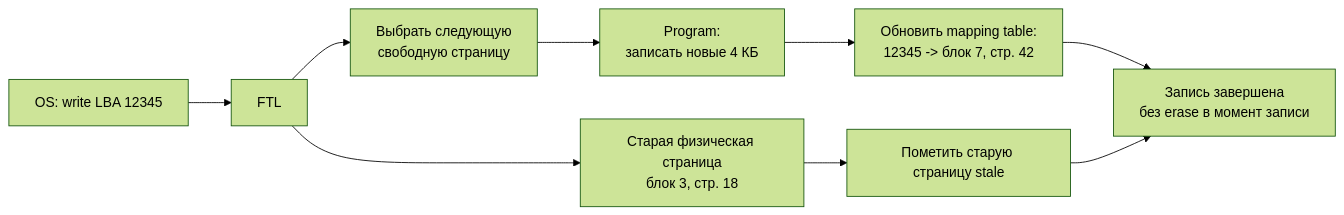
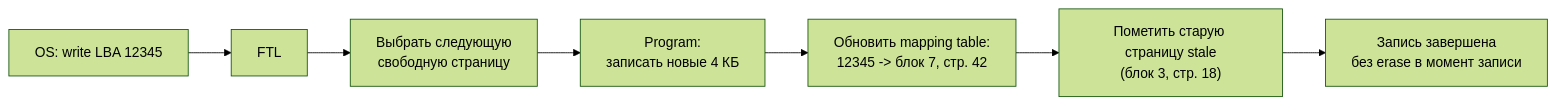
The first of 2 diagrams in computer/data-path/03-storage.md (AlexeyMatskevich/cs-notes), drawn with Mermaid (forest theme) before and after one commit. The commit also changed other lines of this file and 4 other files, not shown here.

First line of the commit message:
docs(computer): fix ASCII alignment, add mermaid diagrams, correct FTL/GC flow

````diff
--- a/computer/data-path/03-storage.md
+++ b/computer/data-path/03-storage.md
@@ -163,11 +163,9 @@
 ```mermaid
 flowchart LR
     OS["OS: write LBA 12345"] --> FTL["FTL"]
-    FTL --> OLD["Старая физическая страница<br/>блок 3, стр. 18"]
     FTL --> FREE["Выбрать следующую<br/>свободную страницу"]
     FREE --> PROG["Program:<br/>записать новые 4 КБ"]
     PROG --> MAP["Обновить mapping table:<br/>12345 -> блок 7, стр. 42"]
-    OLD --> STALE["Пометить старую страницу stale"]
-    MAP --> DONE["Запись завершена<br/>без erase в момент записи"]
-    STALE --> DONE
+    MAP --> STALE["Пометить старую страницу stale<br/>(блок 3, стр. 18)"]
+    STALE --> DONE["Запись завершена<br/>без erase в момент записи"]
 ```
````
